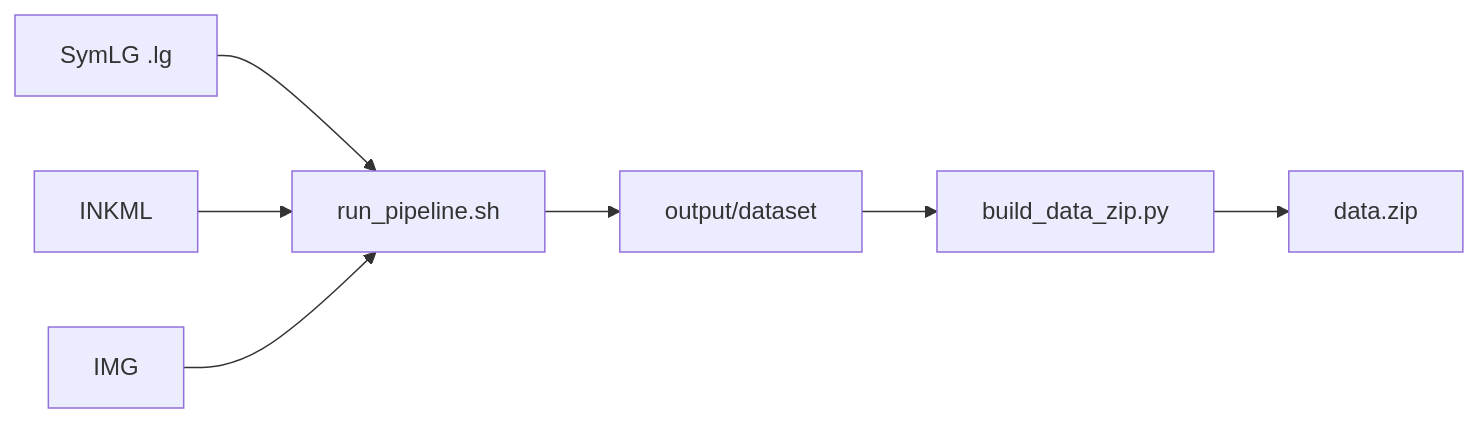
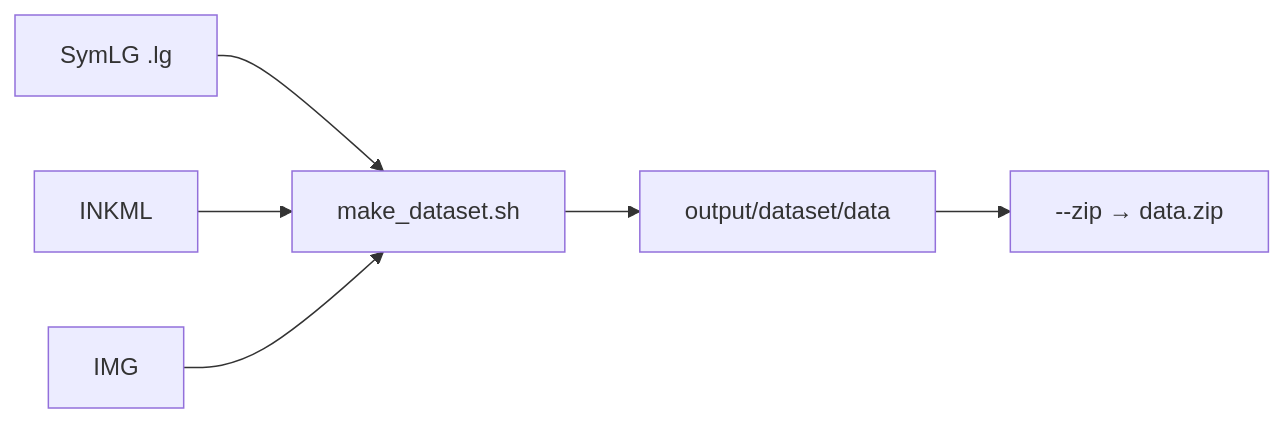
Before and after one commit to ducanh841988/CoMER-fisher: the diagram in preprocessing/README.md, drawn with Mermaid. The commit also changed other lines of this file and 13 other files, not shown here.

````diff
--- a/preprocessing/README.md
+++ b/preprocessing/README.md
@@ -21,9 +52,8 @@
 ```mermaid
 flowchart LR
-  SymLG["SymLG .lg"] --> pipeline["run_pipeline.sh"]
+  SymLG["SymLG .lg"] --> pipeline["make_dataset.sh"]
   INKML["INKML"] --> pipeline
   IMG["IMG"] --> pipeline
-  pipeline --> dataset["output/dataset"]
-  dataset --> zip["build_data_zip.py"]
-  zip --> datazip["data.zip"]
+  pipeline --> dataset["output/dataset/data"]
+  dataset --> zip["--zip → data.zip"]
 ```
````
